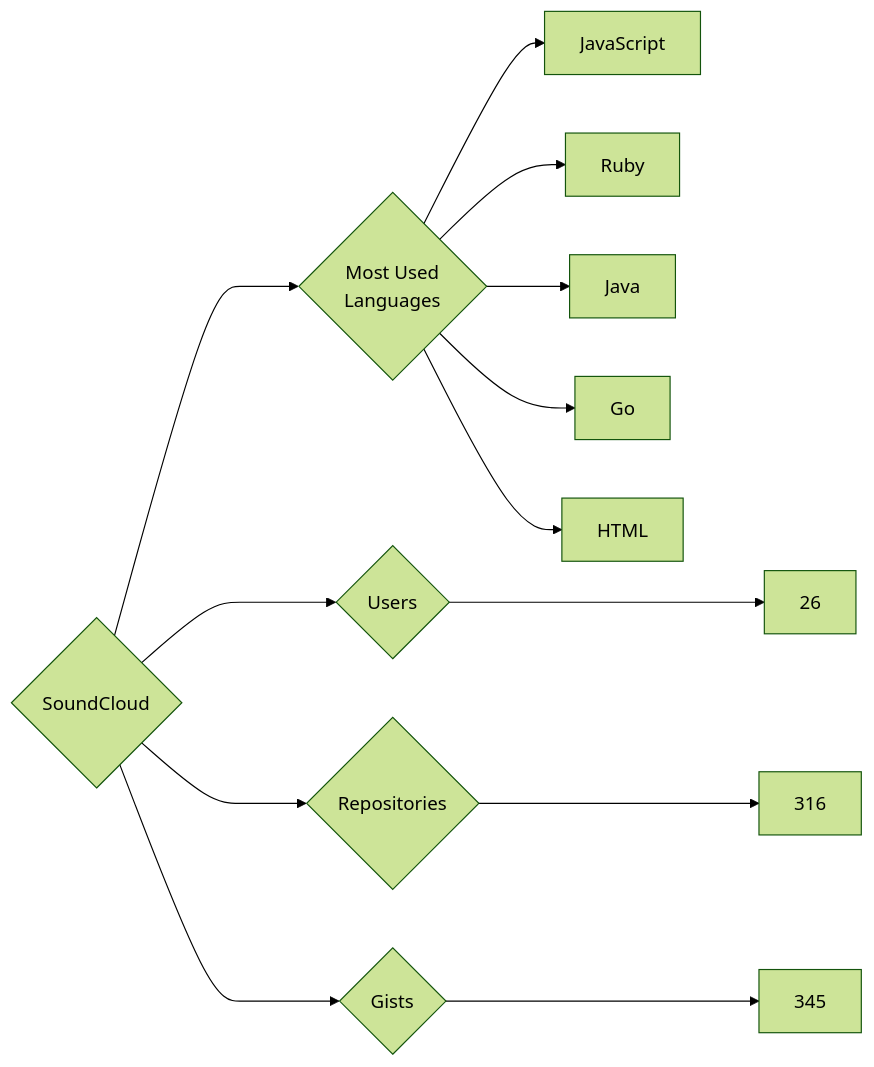
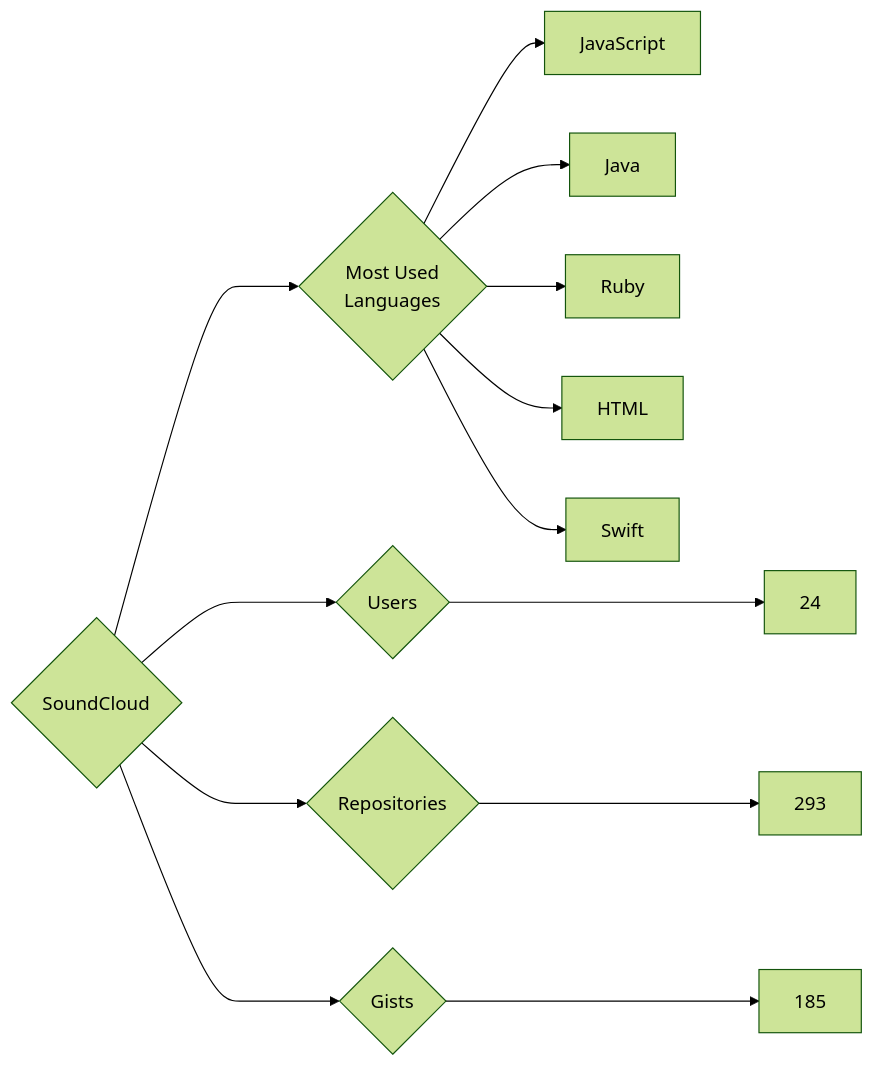
One commit to trickest/insiders changed the diagram in targets/SoundCloud/README.md. Above: the diagram before and after it, drawn with Mermaid (forest theme). The commit also changed 953 other files, not shown here.

````diff
--- a/targets/SoundCloud/README.md
+++ b/targets/SoundCloud/README.md
@@ -3,13 +3,13 @@
 ```mermaid
 graph LR
 COMPANY_NAME{SoundCloud}
-COMPANY_NAME ---> U{Users} ---> UN[26]
-COMPANY_NAME ---> R{Repositories} ---> RN[316]
-COMPANY_NAME ---> G{Gists} ---> GN[345]
+COMPANY_NAME ---> U{Users} ---> UN[24]
+COMPANY_NAME ---> R{Repositories} ---> RN[293]
+COMPANY_NAME ---> G{Gists} ---> GN[185]
 COMPANY_NAME ---> ML{Most Used<br>Languages}
 ML --> JavaScript[JavaScript]
+ML --> Java[Java]
 ML --> Ruby[Ruby]
-ML --> Java[Java]
-ML --> Go[Go]
 ML --> HTML[HTML]
+ML --> Swift[Swift]
 ```
````
